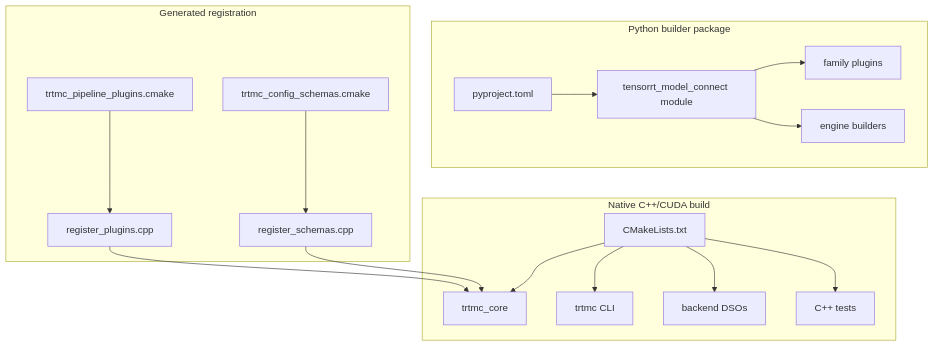
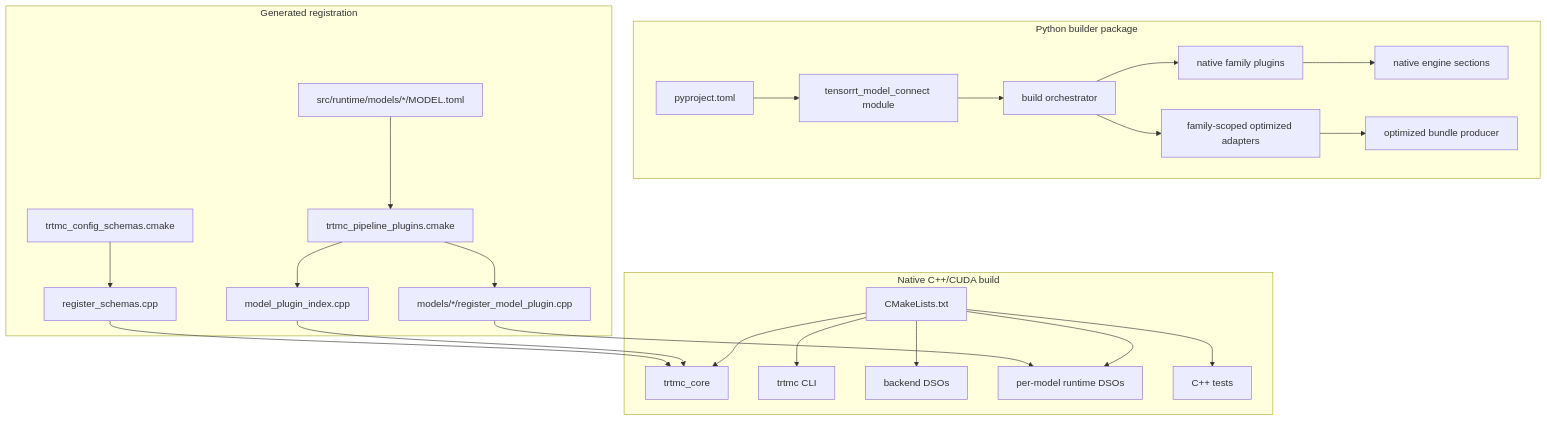
Before and after one commit to AbishekCoder1/TensorRT-Model-Connect: the first of 3 diagrams in website/docs/architecture/build-system.md, drawn with Mermaid. The commit also changed other lines of this file and 83 other files, not shown here.

````diff
--- a/website/docs/architecture/build-system.md
+++ b/website/docs/architecture/build-system.md
@@ -7,23 +7,30 @@
 ```mermaid
 flowchart TB
   subgraph Native["Native C++/CUDA build"]
     CMake["CMakeLists.txt"] --> Core["trtmc_core"]
     CMake --> CLI["trtmc CLI"]
     CMake --> Backends["backend DSOs"]
+    CMake --> Models["per-model runtime DSOs"]
     CMake --> Tests["C++ tests"]
   end
 
   subgraph Python["Python builder package"]
     PyProj["pyproject.toml"] --> BuilderModule["tensorrt_model_connect module"]
-    BuilderModule --> Families["family plugins"]
-    BuilderModule --> Engines["engine builders"]
+    BuilderModule --> Router["build orchestrator"]
+    Router --> Families["native family plugins"]
+    Router --> Providers["family-scoped optimized adapters"]
+    Families --> Engines["native engine sections"]
+    Providers --> Optimized["optimized bundle producer"]
   end
 
   subgraph Generated["Generated registration"]
-    ManifestPlugins["trtmc_pipeline_plugins.cmake"] --> RegPlugins["register_plugins.cpp"]
+    ModelManifests["src/runtime/models/*/MODEL.toml"] --> PluginCMake["trtmc_pipeline_plugins.cmake"]
+    PluginCMake --> ModelIndex["model_plugin_index.cpp"]
+    PluginCMake --> ModelRegistrars["models/*/register_model_plugin.cpp"]
     ManifestSchemas["trtmc_config_schemas.cmake"] --> RegSchemas["register_schemas.cpp"]
   end
 
-  RegPlugins --> Core
+  ModelIndex --> Core
+  ModelRegistrars --> Models
   RegSchemas --> Core
 ```
````
